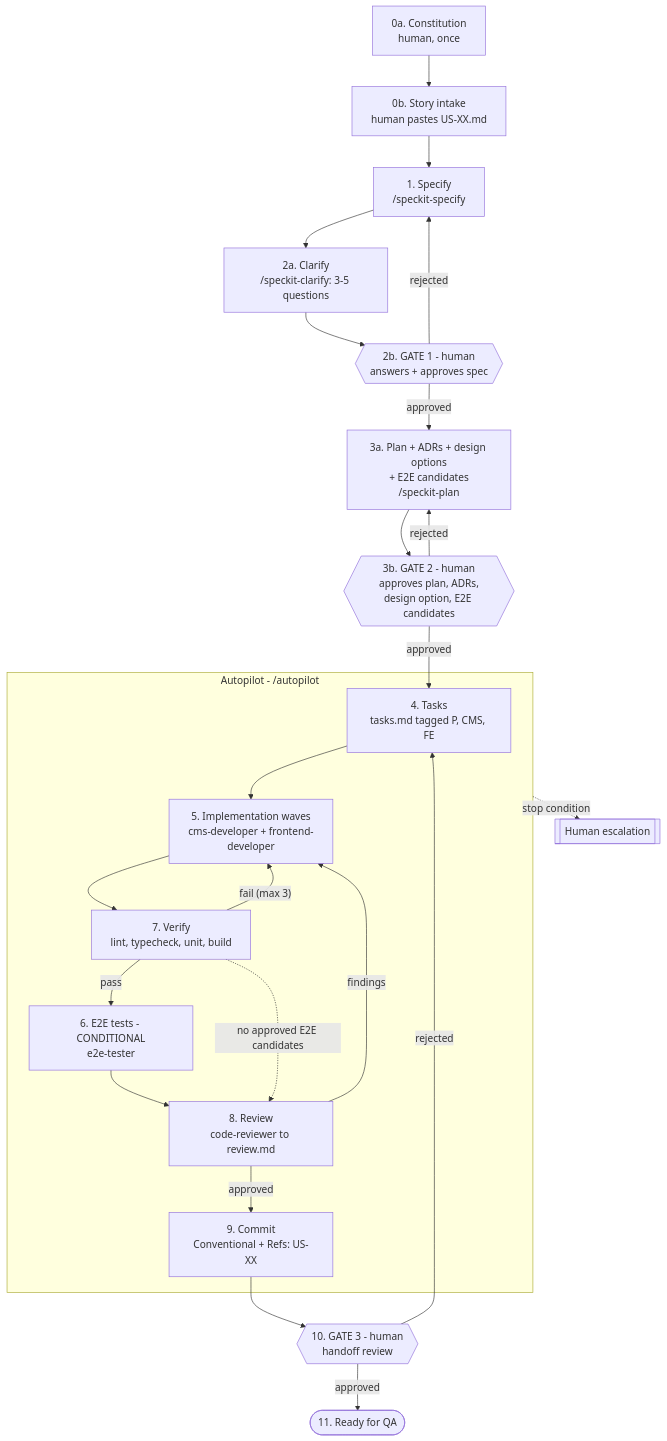
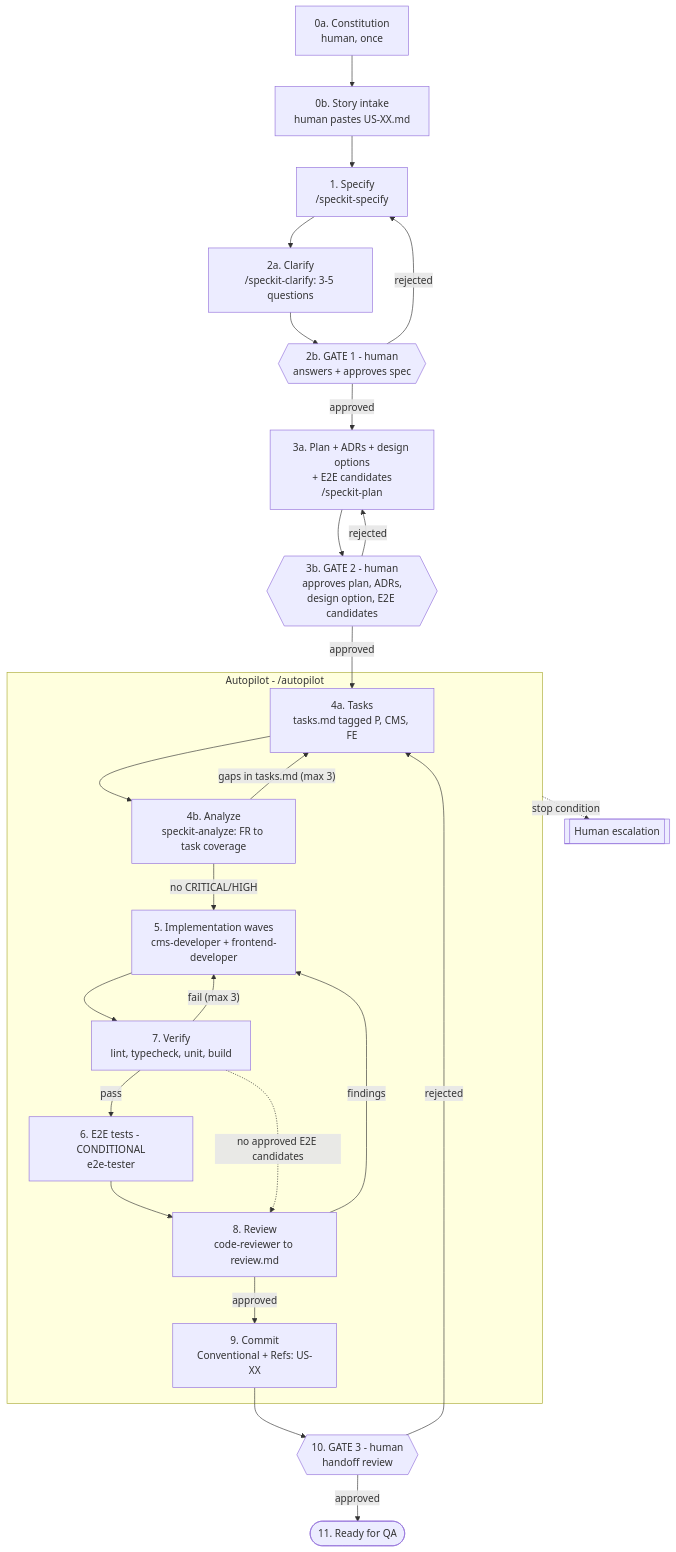
The diagram in FLOW.md (quijotex/insurance-multiregion-app), drawn with Mermaid before and after one commit. The commit also changed other lines of this file and 3 other files, not shown here.

Commit message:
feat(workflow): add automatic analyze check after tasks

````diff
--- a/FLOW.md
+++ b/FLOW.md
@@ -19,29 +19,31 @@
 ```mermaid
 flowchart TD
     S0a["0a. Constitution<br/>human, once"] --> S0b
     S0b["0b. Story intake<br/>human pastes US-XX.md"] --> S1
     S1["1. Specify<br/>/speckit-specify"] --> S2a
     S2a["2a. Clarify<br/>/speckit-clarify: 3-5 questions"] --> S2b
     S2b{{"2b. GATE 1 - human<br/>answers + approves spec"}}
     S2b -- rejected --> S1
     S2b -- approved --> S3a
     S3a["3a. Plan + ADRs + design options<br/>+ E2E candidates<br/>/speckit-plan"] --> S3b
     S3b{{"3b. GATE 2 - human<br/>approves plan, ADRs,<br/>design option, E2E candidates"}}
     S3b -- rejected --> S3a
     S3b -- approved --> S4
     subgraph AUTO ["Autopilot - /autopilot"]
-      S4["4. Tasks<br/>tasks.md tagged P, CMS, FE"] --> S5
+      S4["4a. Tasks<br/>tasks.md tagged P, CMS, FE"] --> S4b
+      S4b["4b. Analyze<br/>speckit-analyze: FR to task coverage"] -- "gaps in tasks.md (max 3)" --> S4
+      S4b -- "no CRITICAL/HIGH" --> S5
       S5["5. Implementation waves<br/>cms-developer + frontend-developer"] --> S7
       S7["7. Verify<br/>lint, typecheck, unit, build"] -- "fail (max 3)" --> S5
       S7 -- pass --> S6
       S6["6. E2E tests - CONDITIONAL<br/>e2e-tester"] --> S8
       S7 -. "no approved E2E candidates" .-> S8
       S8["8. Review<br/>code-reviewer to review.md"] -- findings --> S5
       S8 -- approved --> S9
       S9["9. Commit<br/>Conventional + Refs: US-XX"]
     end
     S9 --> S10{{"10. GATE 3 - human<br/>handoff review"}}
     S10 -- rejected --> S4
     S10 -- approved --> S11(["11. Ready for QA"])
     AUTO -. "stop condition" .-> H[["Human escalation"]]
 ```
````
